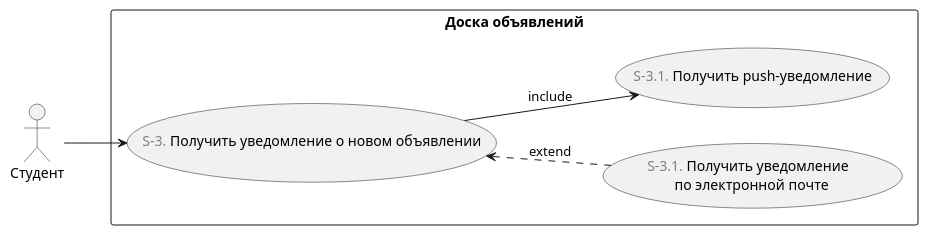
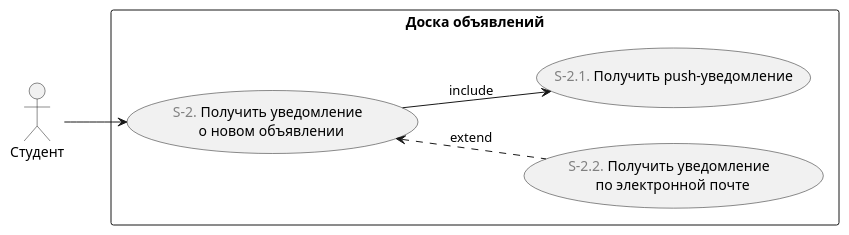
The diagram in doc/диаграммы/варианты-использования/получить-уведомление-о-новом-объявлении.puml (astu-app/ASTU-Bulletin-Board-Server), drawn with PlantUML before and after one commit. The commit also changed 9 other files, not shown here.

```diff
--- a/doc/диаграммы/варианты-использования/получить-уведомление-о-новом-объявлении.puml
+++ b/doc/диаграммы/варианты-использования/получить-уведомление-о-новом-объявлении.puml
@@ -1,17 +1,17 @@
 @startuml
 'https://plantuml.com/use-case-diagram
 
 left to right direction
 
 :Студент: as student
 
 rectangle "Доска объявлений" {
-    (<font color="gray">S-3.</font> Получить уведомление о новом объявлении) as get_notification_about_publishing
+    (<font color="gray">S-2.</font> Получить уведомление \n о новом объявлении) as get_notification_about_publishing
     
     student --> get_notification_about_publishing
     
-    get_notification_about_publishing <.. (<font color="gray">S-3.1.</font> Получить уведомление \n по электронной почте) : extend   
-    get_notification_about_publishing --> (<font color="gray">S-3.1.</font> Получить push-уведомление) : include   
+    get_notification_about_publishing <.. (<font color="gray">S-2.2.</font> Получить уведомление \n по электронной почте) : extend   
+    get_notification_about_publishing --> (<font color="gray">S-2.1.</font> Получить push-уведомление) : include   
 }
 
 @enduml
```
